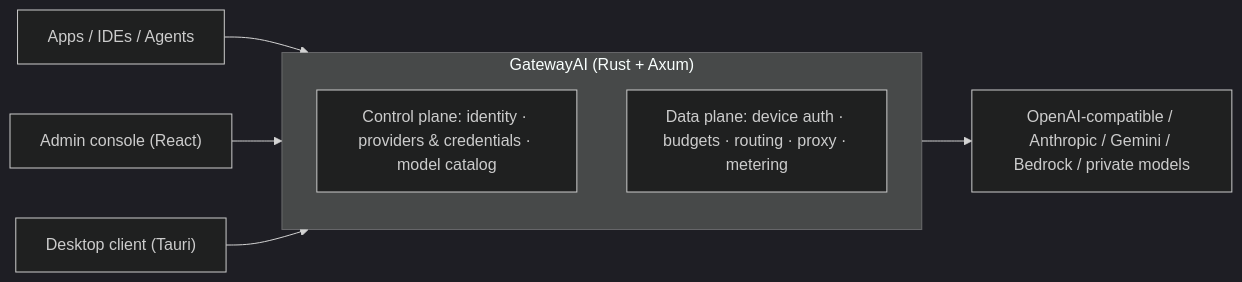
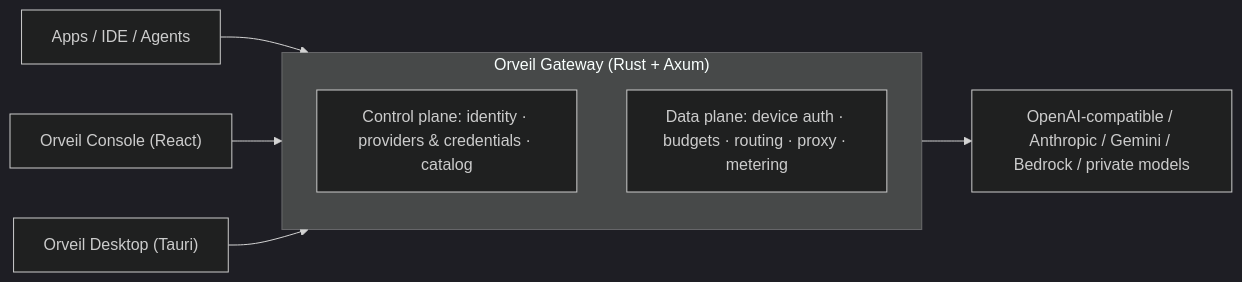
Before and after one commit to Xiao-VoV/GatewayAI: the diagram in README.en.md, drawn with Mermaid (dark theme). The commit also changed other lines of this file and 122 other files, not shown here.

````diff
--- a/README.en.md
+++ b/README.en.md
@@ -62,14 +109,14 @@
 ```mermaid
 flowchart LR
-    CLIENT["Apps / IDEs / Agents"] --> GW
-    ADMIN["Admin console (React)"] --> GW
-    DESKTOP["Desktop client (Tauri)"] --> GW
+    CLIENT["Apps / IDE / Agents"] --> GW
+    ADMIN["Orveil Console (React)"] --> GW
+    DESKTOP["Orveil Desktop (Tauri)"] --> GW
 
-    subgraph GW["GatewayAI (Rust + Axum)"]
+    subgraph GW["Orveil Gateway (Rust + Axum)"]
         direction TB
-        CP["Control plane: identity · providers & credentials · model catalog"]
+        CP["Control plane: identity · providers & credentials · catalog"]
         DP["Data plane: device auth · budgets · routing · proxy · metering"]
     end
 
     GW --> UP["OpenAI-compatible / Anthropic / Gemini / Bedrock / private models"]
 ```
````
